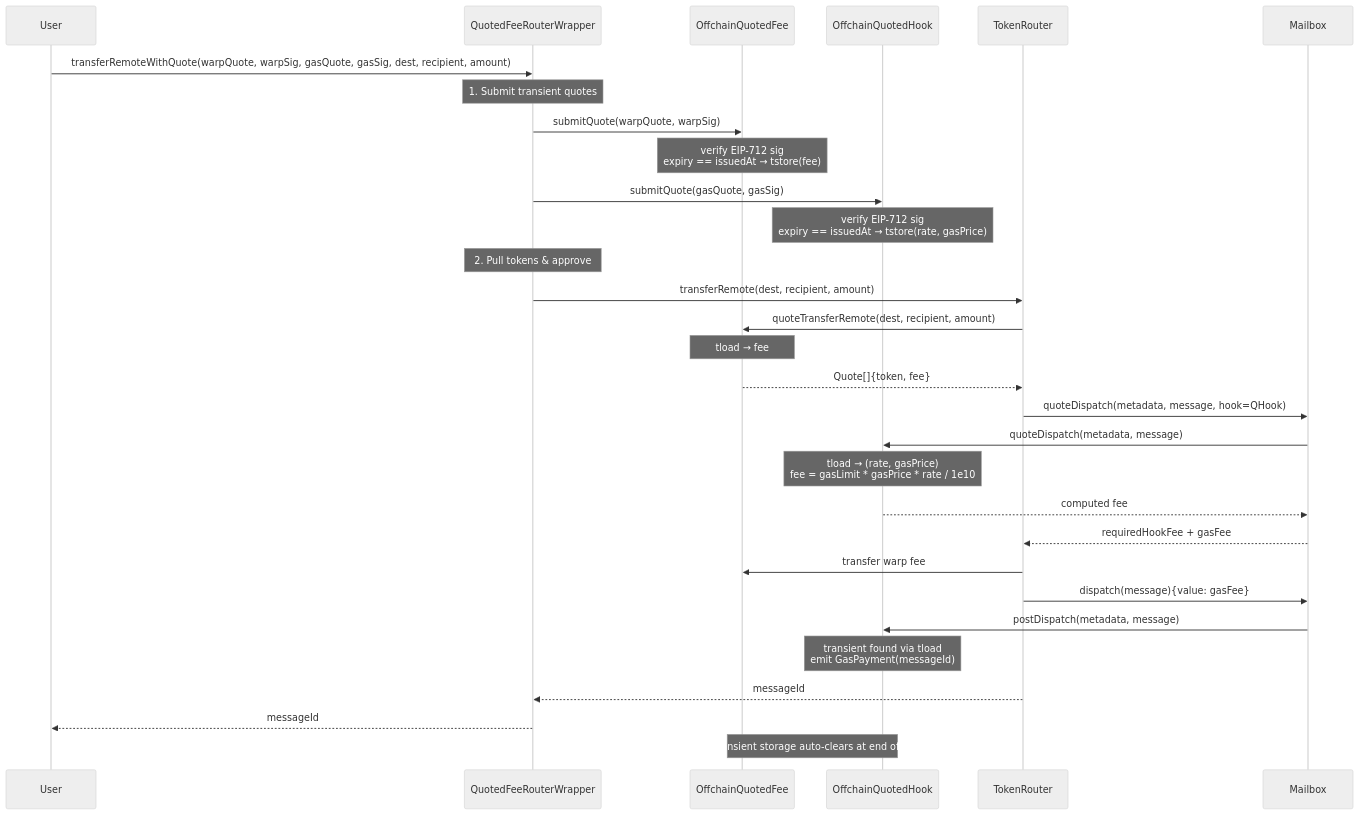
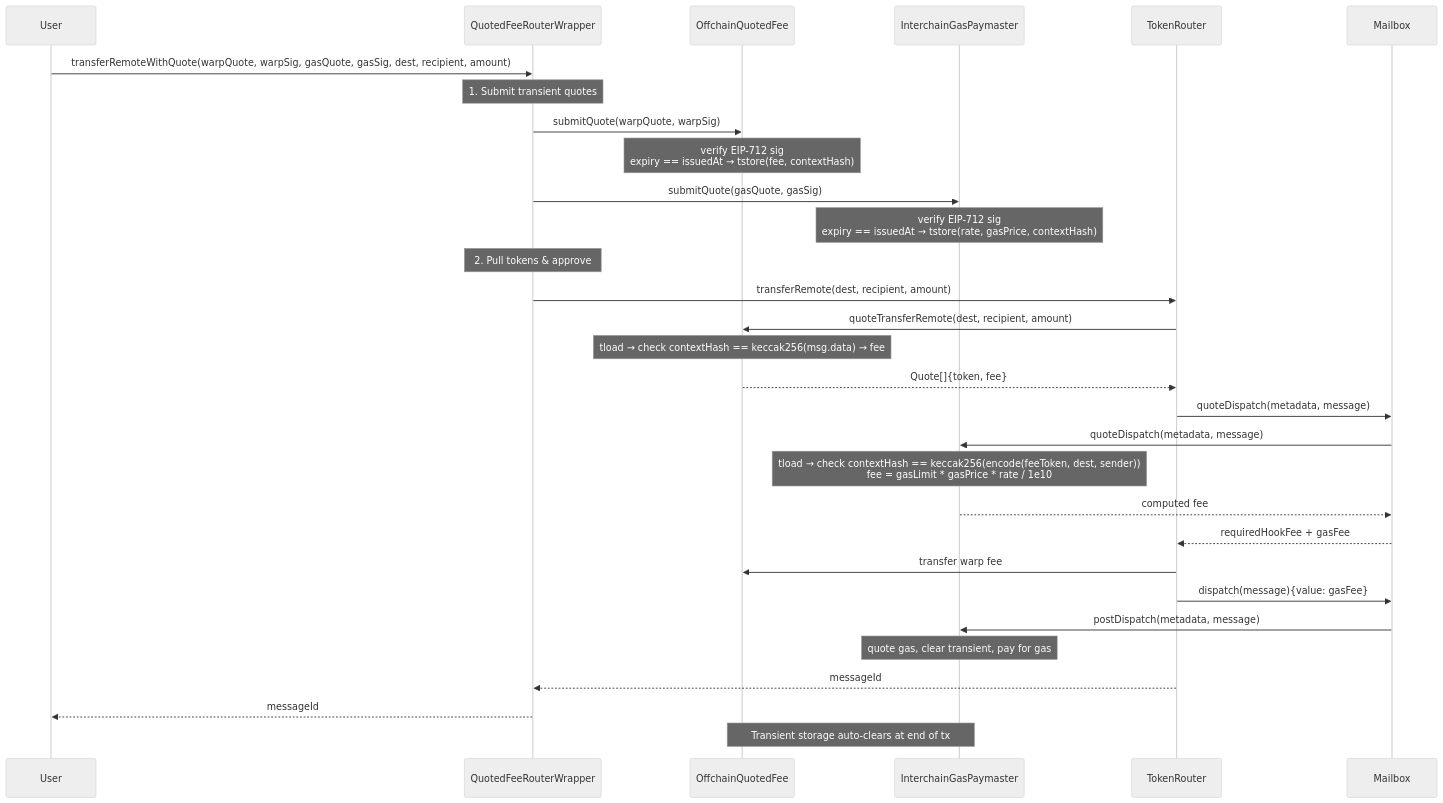
One commit to fujijin/hyperlane-monorepo changed the second of 4 diagrams in docs/offchain-fee-quoting.md. Above: the diagram before and after it, drawn with Mermaid (neutral theme). The commit also changed other lines of this file and 6 other files, not shown here.

First line of the commit message:
feat(solidity): implement offchain fee quoting for IGP and warp routes

````diff
--- a/docs/offchain-fee-quoting.md
+++ b/docs/offchain-fee-quoting.md
@@ -384,43 +203,43 @@
 ```mermaid
 sequenceDiagram
     participant User
     participant Wrapper as QuotedFeeRouterWrapper
     participant QFee as OffchainQuotedFee
-    participant QHook as OffchainQuotedHook
+    participant IGP as InterchainGasPaymaster
     participant WarpRoute as TokenRouter
     participant Mailbox
 
     User->>Wrapper: transferRemoteWithQuote(warpQuote, warpSig, gasQuote, gasSig, dest, recipient, amount)
 
     Note over Wrapper: 1. Submit transient quotes
 
     Wrapper->>QFee: submitQuote(warpQuote, warpSig)
-    Note over QFee: verify EIP-712 sig<br/>expiry == issuedAt → tstore(fee)
+    Note over QFee: verify EIP-712 sig<br/>expiry == issuedAt → tstore(fee, contextHash)
 
-    Wrapper->>QHook: submitQuote(gasQuote, gasSig)
-    Note over QHook: verify EIP-712 sig<br/>expiry == issuedAt → tstore(rate, gasPrice)
+    Wrapper->>IGP: submitQuote(gasQuote, gasSig)
+    Note over IGP: verify EIP-712 sig<br/>expiry == issuedAt → tstore(rate, gasPrice, contextHash)
 
     Note over Wrapper: 2. Pull tokens & approve
 
     Wrapper->>WarpRoute: transferRemote(dest, recipient, amount)
 
     WarpRoute->>QFee: quoteTransferRemote(dest, recipient, amount)
-    Note over QFee: tload → fee
+    Note over QFee: tload → check contextHash == keccak256(msg.data) → fee
     QFee-->>WarpRoute: Quote[]{token, fee}
 
-    WarpRoute->>Mailbox: quoteDispatch(metadata, message, hook=QHook)
-    Mailbox->>QHook: quoteDispatch(metadata, message)
-    Note over QHook: tload → (rate, gasPrice)<br/>fee = gasLimit * gasPrice * rate / 1e10
-    QHook-->>Mailbox: computed fee
+    WarpRoute->>Mailbox: quoteDispatch(metadata, message)
+    Mailbox->>IGP: quoteDispatch(metadata, message)
+    Note over IGP: tload → check contextHash == keccak256(encode(feeToken, dest, sender))<br/>fee = gasLimit * gasPrice * rate / 1e10
+    IGP-->>Mailbox: computed fee
     Mailbox-->>WarpRoute: requiredHookFee + gasFee
 
     WarpRoute->>QFee: transfer warp fee
     WarpRoute->>Mailbox: dispatch(message){value: gasFee}
-    Mailbox->>QHook: postDispatch(metadata, message)
-    Note over QHook: transient found via tload<br/>emit GasPayment(messageId)
+    Mailbox->>IGP: postDispatch(metadata, message)
+    Note over IGP: quote gas, clear transient, pay for gas
 
     WarpRoute-->>Wrapper: messageId
     Wrapper-->>User: messageId
 
-    Note over QFee,QHook: Transient storage auto-clears at end of tx
+    Note over QFee,IGP: Transient storage auto-clears at end of tx
 ```
````
